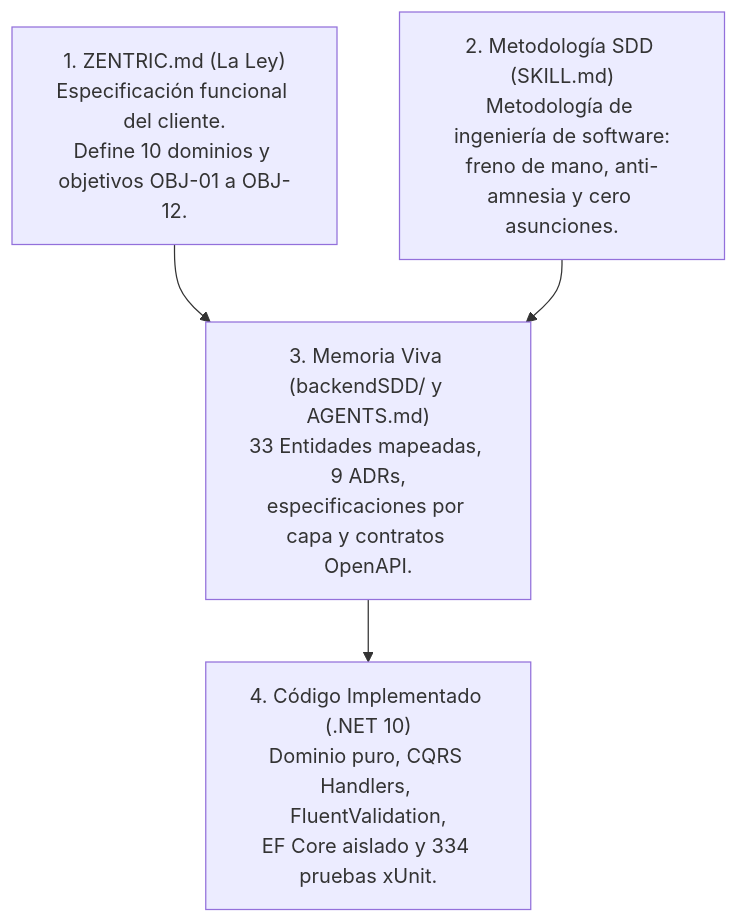
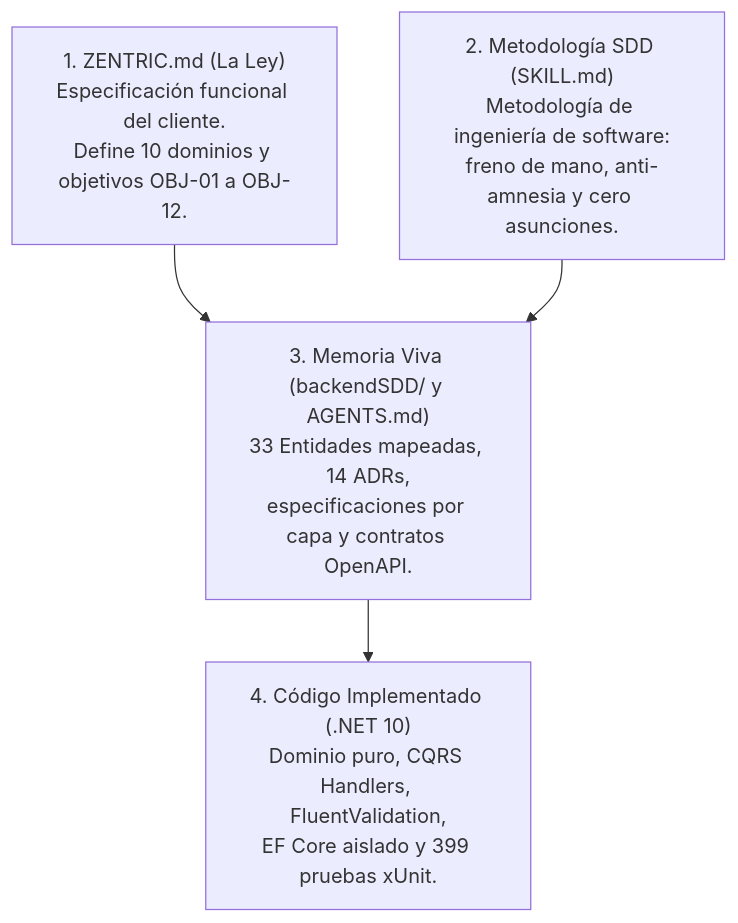
The first of 3 diagrams in README.md (D-MachadoDev/Zentric), drawn with Mermaid before and after one commit. The commit also changed other lines of this file and 44 other files, not shown here.

````diff
--- a/README.md
+++ b/README.md
@@ -70,11 +70,11 @@
 ```mermaid
 flowchart TD
     B1["1. ZENTRIC.md (La Ley)<br/>Especificación funcional del cliente.<br/>Define 10 dominios y objetivos OBJ-01 a OBJ-12."]
     B2["2. Metodología SDD (SKILL.md)<br/>Metodología de ingeniería de software:<br/>freno de mano, anti-amnesia y cero asunciones."]
-    SSOT["3. Memoria Viva (backendSDD/ y AGENTS.md)<br/>33 Entidades mapeadas, 9 ADRs,<br/>especificaciones por capa y contratos OpenAPI."]
-    CODE["4. Código Implementado (.NET 10)<br/>Dominio puro, CQRS Handlers, FluentValidation,<br/>EF Core aislado y 334 pruebas xUnit."]
+    SSOT["3. Memoria Viva (backendSDD/ y AGENTS.md)<br/>33 Entidades mapeadas, 14 ADRs,<br/>especificaciones por capa y contratos OpenAPI."]
+    CODE["4. Código Implementado (.NET 10)<br/>Dominio puro, CQRS Handlers, FluentValidation,<br/>EF Core aislado y 399 pruebas xUnit."]
 
     B1 --> SSOT
     B2 --> SSOT
     SSOT --> CODE
 ```
````
